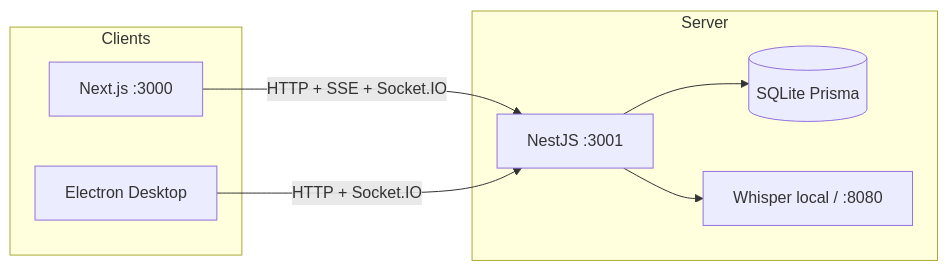
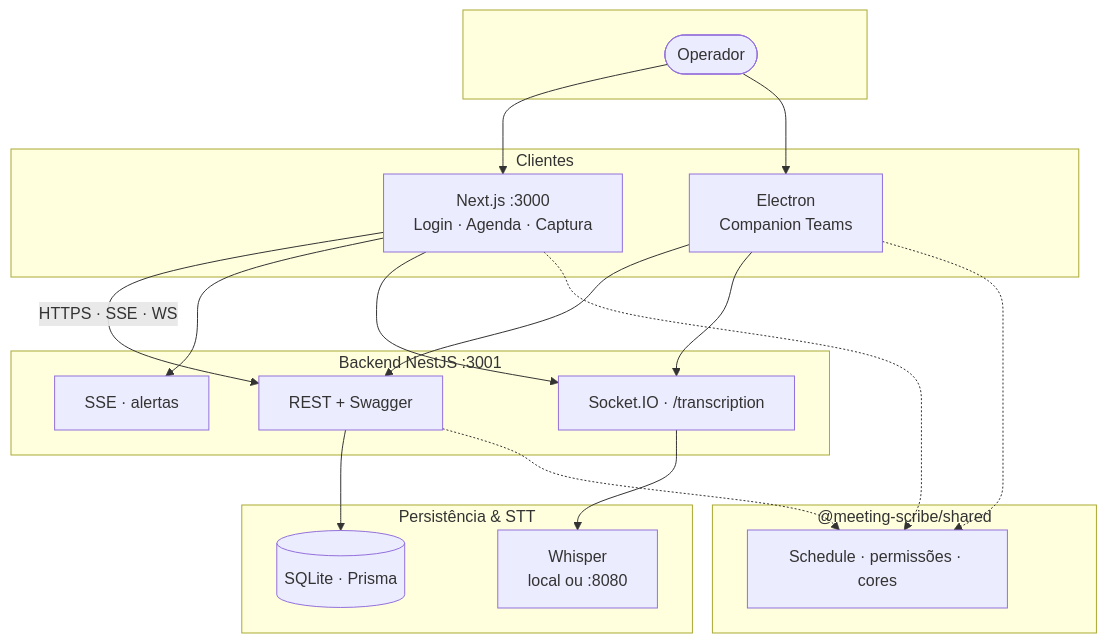
Before and after one commit to FranciscoStanley/meeting_scribe_annotations: the first of 6 diagrams in docs/architecture.md, drawn with Mermaid. The commit also changed other lines of this file and 3 other files, not shown here.

Commit message:
docs: diagramas Mermaid no README, architecture e wiki

````diff
--- a/docs/architecture.md
+++ b/docs/architecture.md
@@ -10,16 +10,39 @@
 ```mermaid
-flowchart LR
-  subgraph Clients
-    FE[Next.js :3000]
-    Desk[Electron Desktop]
+flowchart TB
+  subgraph Actors[" "]
+    U([Operador])
   end
-  subgraph Server
-    API[NestJS :3001]
-    DB[(SQLite Prisma)]
-    STT[Whisper local / :8080]
+
+  subgraph Clients["Clientes"]
+    FE["Next.js :3000<br/>Login · Agenda · Captura"]
+    Desk["Electron<br/>Companion Teams"]
   end
-  FE -->|HTTP + SSE + Socket.IO| API
-  Desk -->|HTTP + Socket.IO| API
+
+  subgraph Edge["Backend NestJS :3001"]
+    API["REST + Swagger"]
+    SSE["SSE · alertas"]
+    WS["Socket.IO · /transcription"]
+  end
+
+  subgraph Data["Persistência & STT"]
+    DB[("SQLite · Prisma")]
+    STT["Whisper<br/>local ou :8080"]
+  end
+
+  subgraph SharedPkg["@meeting-scribe/shared"]
+    Rules["Schedule · permissões · cores"]
+  end
+
+  U --> FE
+  U --> Desk
+  FE -->|"HTTPS · SSE · WS"| API
+  FE --> SSE
+  FE --> WS
+  Desk --> API
+  Desk --> WS
   API --> DB
-  API --> STT
+  WS --> STT
+  FE -.-> Rules
+  API -.-> Rules
+  Desk -.-> Rules
 ```
````
